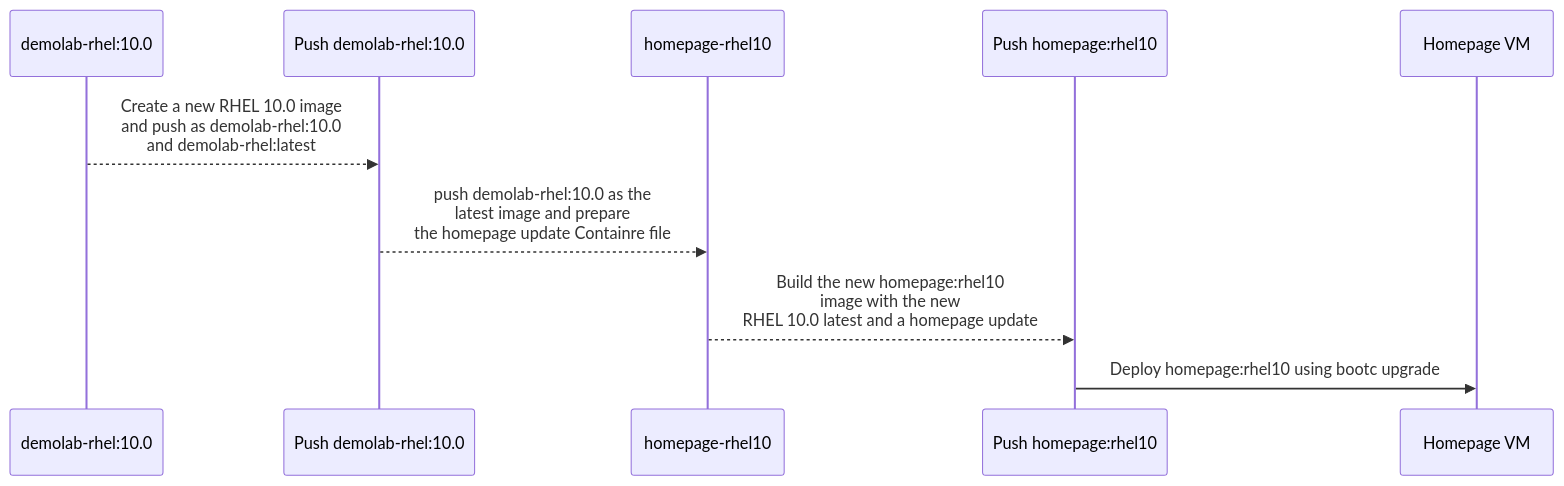
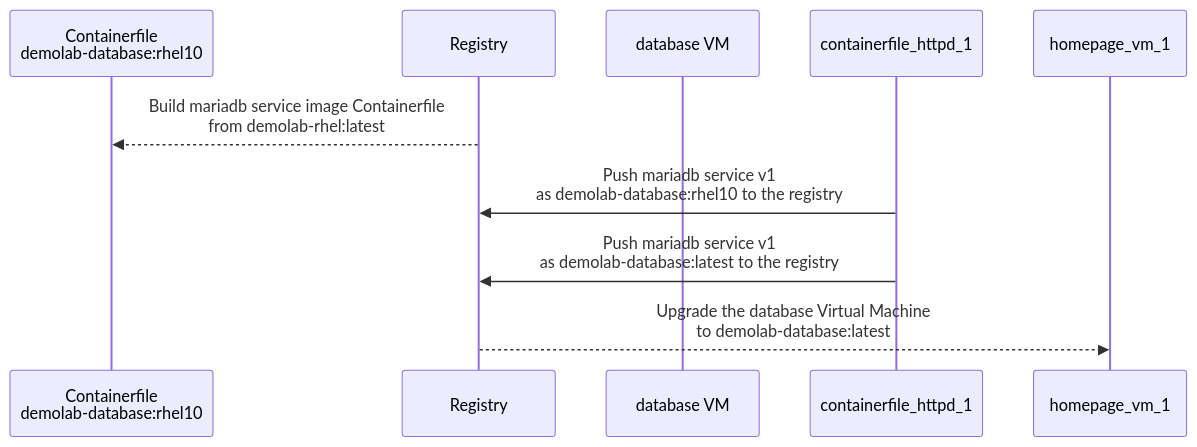
The ninth of 11 diagrams in README.md (jvdbreggen/imagemodedemo), drawn with Mermaid before and after one commit. The commit also changed other lines of this file, not shown here.

Commit message:
New intro and fixed the rhel 10 upgrade section

````diff
--- a/README.md
+++ b/README.md
@@ -593,17 +729,13 @@
 ```mermaid
 sequenceDiagram
     %% Actors
-    %% participant Demolab96 as demolab-rhel:9.6-1747275992
-    %% participant VMRHEL10UpgradeLatest as VM RHEL 10.0 upgrade latest
-    participant Demolab10 as demolab-rhel:10.0
-    participant PushRHEL10 as Push demolab-rhel:10.0
-    participant HomepageUpdate as homepage-rhel10
-    participant PushHomepageUpdate as Push homepage:rhel10
-    participant HomepageVM as Homepage VM
+    participant containerfile_database_1 as Containerfile<br/>demolab-database:rhel10
+    participant registry as Registry
+    participant database_vm_1 as database VM
 
-    %% RHEL 10 path
-    Demolab10-->>PushRHEL10: Create a new RHEL 10.0 image<br/>and push as demolab-rhel:10.0<br/>and demolab-rhel:latest
-    PushRHEL10-->>HomepageUpdate: push demolab-rhel:10.0 as the<br/>latest image and prepare<br/>the homepage update Containre file
-    HomepageUpdate-->>PushHomepageUpdate: Build the new homepage:rhel10<br/>image with the new<br/>RHEL 10.0 latest and a homepage update
-    PushHomepageUpdate->>HomepageVM: Deploy homepage:rhel10 using bootc upgrade
+    %% MainVM Creationsu workflow
+    registry-->>containerfile_database_1: Build mariadb service image Containerfile<br/>from demolab-rhel:latest
+    containerfile_httpd_1->>registry: Push mariadb service v1<br/>as demolab-database:rhel10 to the registry
+    containerfile_httpd_1->>registry: Push mariadb service v1<br/>as demolab-database:latest to the registry
+    registry-->>homepage_vm_1: Upgrade the database Virtual Machine<br/>to demolab-database:latest
 ```
````
